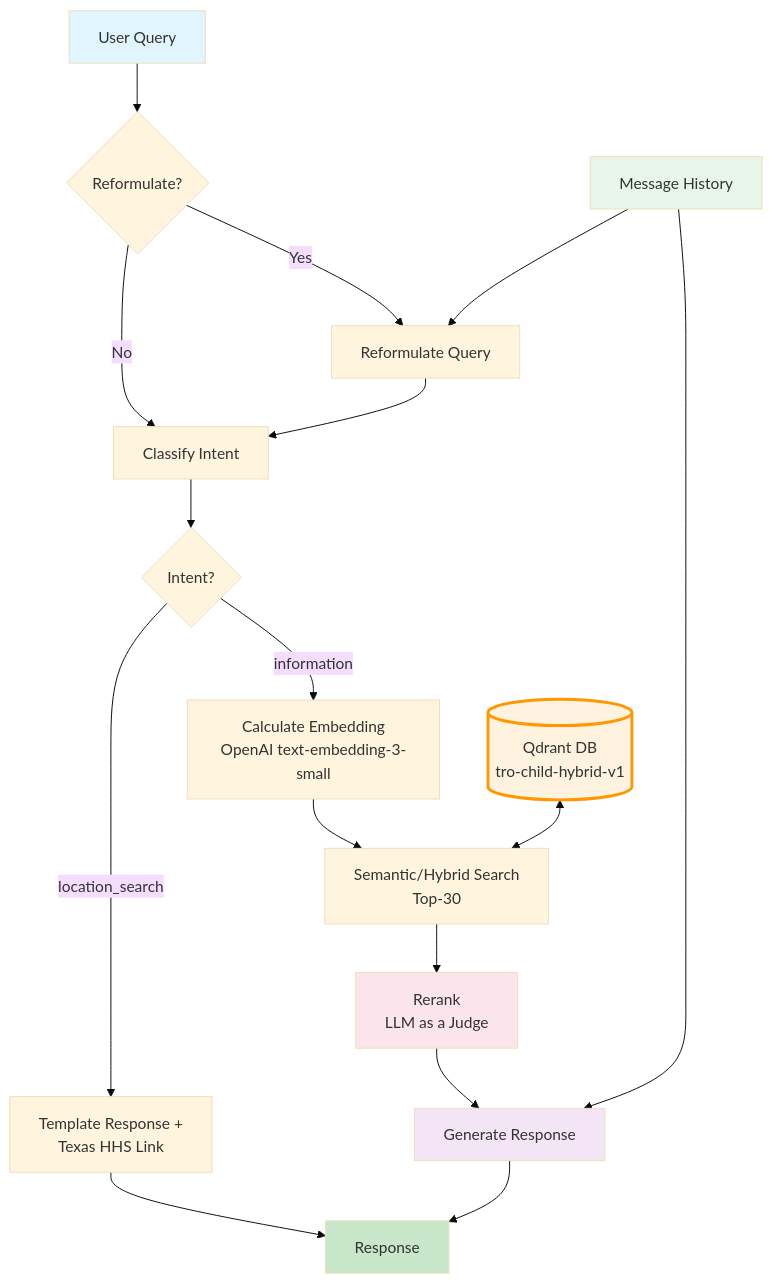
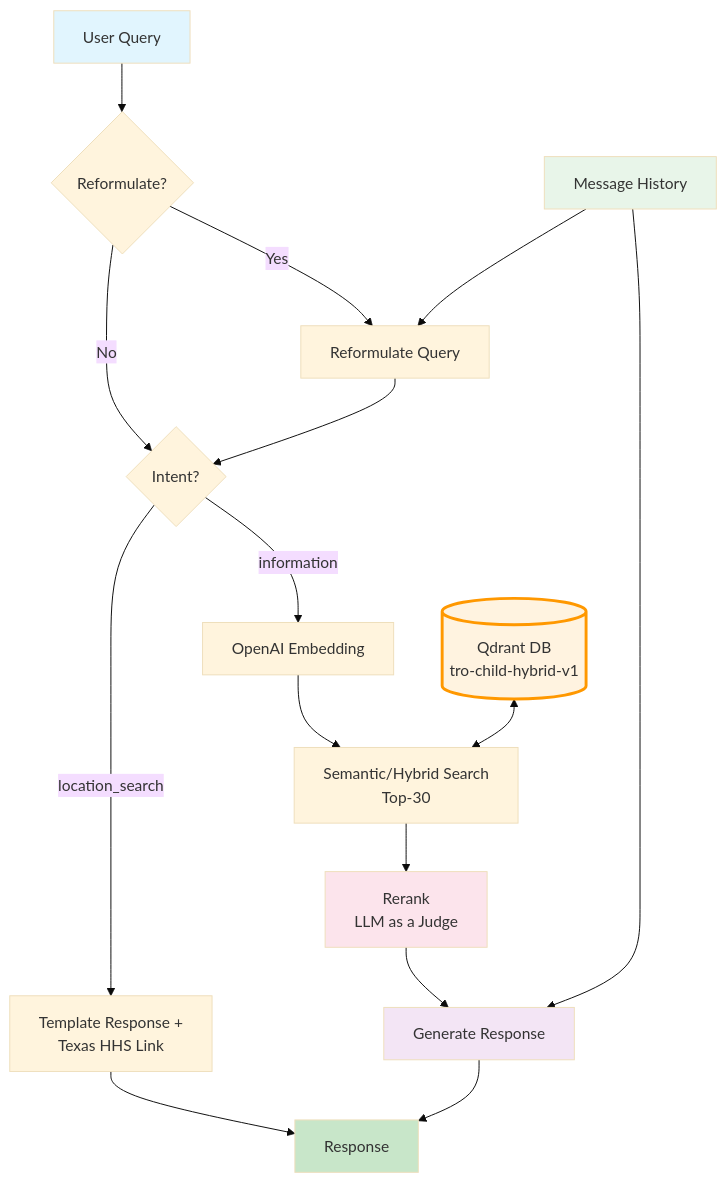
The diagram in SPECS/diagrams/custom-rag-diagram.md (techybolek/child), drawn with Mermaid (base theme) before and after one commit.

Commit message:
chore: simplify diagram and rename embedding node

````diff
--- a/SPECS/diagrams/custom-rag-diagram.md
+++ b/SPECS/diagrams/custom-rag-diagram.md
@@ -3,32 +3,30 @@
 ```mermaid
 flowchart TD
     A[User Query] --> B{Reformulate?}
 
     B -->|Yes| C[Reformulate Query]
-    B -->|No| D[Classify Intent]
-    C --> D
-
-    D --> E{Intent?}
+    B -->|No| E{Intent?}
+    C --> E
 
     E -->|location_search| F[Template Response +<br/>Texas HHS Link]
     F --> Z[Response]
 
-    E -->|information| G[Calculate Embedding<br/>OpenAI text-embedding-3-small]
+    E -->|information| G[OpenAI Embedding]
     G --> H[Semantic/Hybrid Search<br/>Top-30]
     QDB[(Qdrant DB<br/>tro-child-hybrid-v1)] <--> H
 
     H --> I[Rerank<br/>LLM as a Judge]
 
     I --> J[Generate Response]
     MEM[Message History] --> C
     MEM --> J
 
     J --> Z
 
     style A fill:#e1f5fe
     style Z fill:#c8e6c9
     style QDB fill:#fff3e0,stroke:#ff9800,stroke-width:3px
     style I fill:#fce4ec
     style J fill:#f3e5f5
     style MEM fill:#e8f5e9
 ```
````
